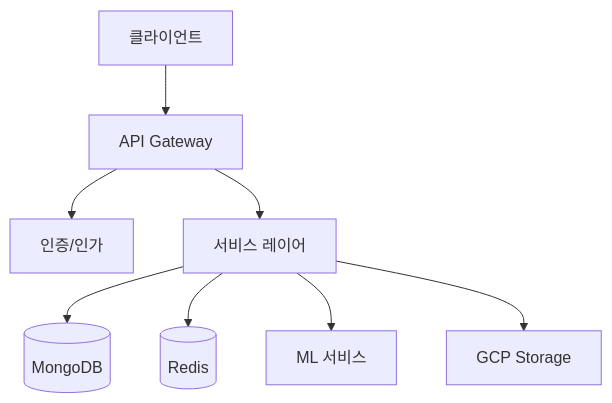
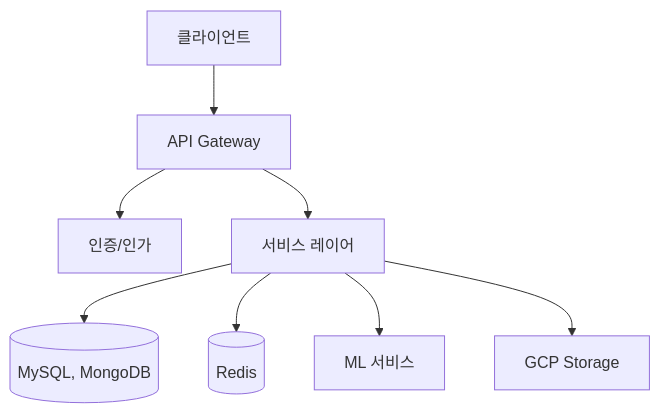
The diagram in README.md (wonder1ng/SuperLawVA-Back), drawn with Mermaid before and after one commit. The commit also changed other lines of this file, not shown here.

````diff
--- a/README.md
+++ b/README.md
@@ -33,10 +34,10 @@
 ```mermaid
 graph TD
     Client[클라이언트] --> API[API Gateway]
     API --> Auth[인증/인가]
     API --> Services[서비스 레이어]
-    Services --> DB[(MongoDB)]
+    Services --> DB[(MySQL, MongoDB)]
     Services --> Cache[(Redis)]
     Services --> ML[ML 서비스]
     Services --> Storage[GCP Storage]
 ```
````
